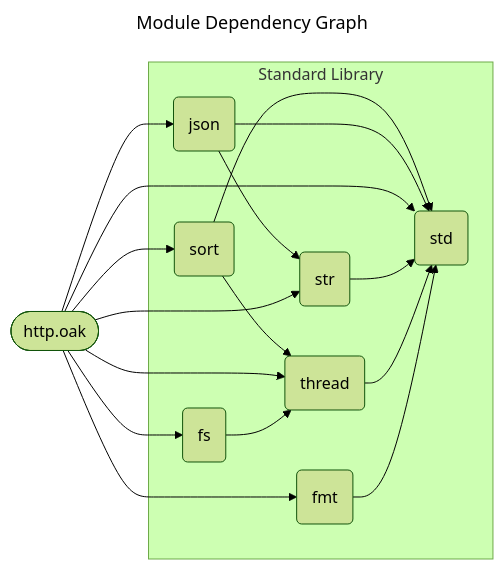
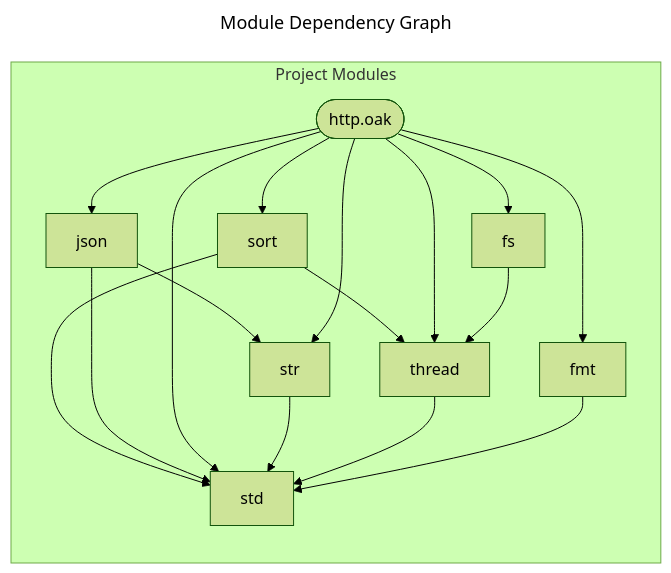
One commit to SpcFORK/magnolia changed the diagram in docs/spec/http.mmd. Above: the diagram before and after it, drawn with Mermaid (forest theme). The commit also changed 373 other files, not shown here.

Commit message:
Refactor module dependency graphs and update imports across various specifications

```diff
--- a/docs/spec/http.mmd
+++ b/docs/spec/http.mmd
@@ -1,29 +1,29 @@
 ---
 title: Module Dependency Graph
 ---
 flowchart LR
-    lib_http_oak(["http.oak"])
-    subgraph stdlib_core ["Standard Library"]
-        sort("sort")
-        json("json")
-        std("std")
-        str("str")
-        fs("fs")
-        thread("thread")
-        fmt("fmt")
+    subgraph project_modules ["Project Modules"]
+        sort["sort"]
+        json["json"]
+        lib_http_oak(["http.oak"])
+        std["std"]
+        str["str"]
+        fs["fs"]
+        thread["thread"]
+        fmt["fmt"]
     end
     sort --> std
     sort --> thread
     json --> std
     json --> str
     lib_http_oak --> std
     lib_http_oak --> str
     lib_http_oak --> fs
     lib_http_oak --> fmt
     lib_http_oak --> sort
     lib_http_oak --> json
     lib_http_oak --> thread
     str --> std
     fs --> thread
     thread --> std
     fmt --> std
```
